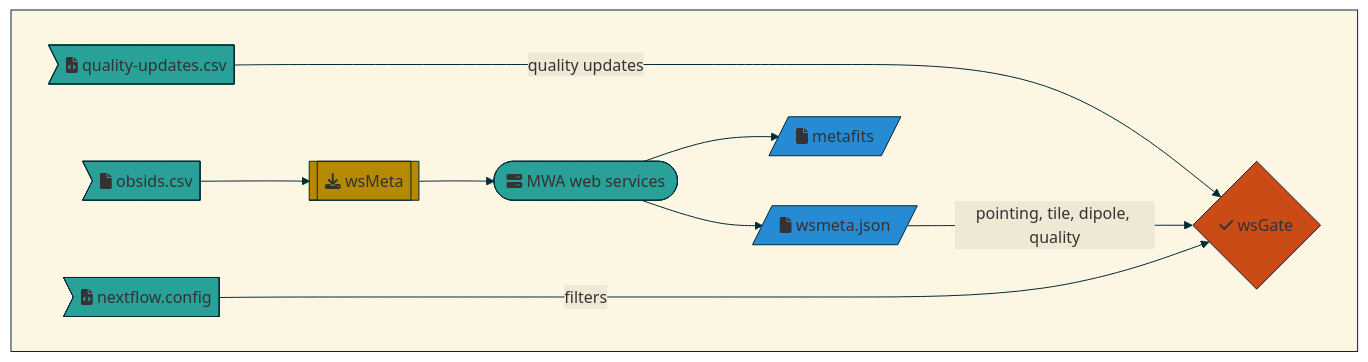
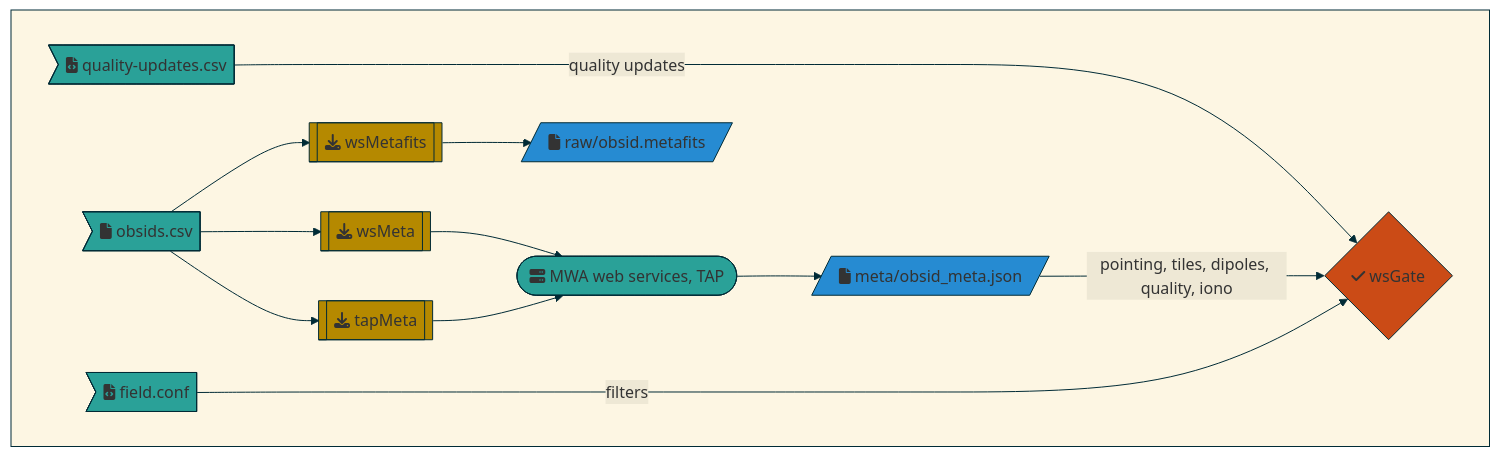
One commit to MWATelescope/MWAEoR-Pipeline changed the first of 6 diagrams in README.md. Above: the diagram before and after it, drawn with Mermaid. The commit also changed other lines of this file and 2 other files, not shown here.

````diff
--- a/README.md
+++ b/README.md
@@ -9,27 +14,29 @@
 ```mermaid
 %%{init:{'theme':'base','themeVariables':{'primaryBorderColor':'#002b36','secondaryColor':'#eee8d5','tertiaryColor':'#fdf6e3','tertiaryBorderColor':'#002b36','lineColor':'#002b36','textColor':'#002b36'}}}%%
 graph TD;
   classDef in fill:#2aa198;
   classDef out fill:#d33682;
   classDef file fill:#268bd2;
   classDef proc fill:#b58900;
   classDef decision fill:#cb4b16;
 
   subgraph " "
-    obsids --> wsMeta --> ws --> wsmetaJson;
-    ws --> metafits
+    obsids --> wsMeta & tapMeta & wsMetafits;
+    wsMeta & tapMeta --> ws --> metaJson;
+    wsMetafits --> metafits;
     qualityUpdates --"quality updates"-----> wsGate;
-    wsmetaJson --"pointing, tile, dipole, quality"--> wsGate;
+    metaJson --"pointing, tiles, dipoles, quality, iono"--> wsGate;
     nfConfigMeta --"filters"-----> wsGate;
 
     obsids>fa:fa-file obsids.csv ]; class obsids in;
     wsMeta[[fa:fa-download wsMeta ]]; class wsMeta proc;
-    ws([fa:fa-server MWA web services ]); class ws in;
-    wsmetaJson[/fa:fa-file wsmeta.json /]; class wsmetaJson file;
-    %% wsfilesJson[/fa:fa-file files.json /]; class wsfilesJson file;
-    metafits[/fa:fa-file metafits /]; class metafits file;
+    tapMeta[[fa:fa-download tapMeta ]]; class tapMeta proc;
+    wsMetafits[[fa:fa-download wsMetafits ]]; class wsMetafits proc;
+    ws(["fa:fa-server MWA web services, TAP"]); class ws in;
+    metaJson[/"fa:fa-file meta/obsid_meta.json"/]; class metaJson file;
+    metafits[/"fa:fa-file raw/obsid.metafits"/]; class metafits file;
     wsGate{fa:fa-check wsGate }; class wsGate decision;
-    nfConfigMeta>fa:fa-file-code nextflow.config ]; class nfConfigMeta in
+    nfConfigMeta>fa:fa-file-code field.conf ]; class nfConfigMeta in
     qualityUpdates>fa:fa-file-code quality-updates.csv ]; class qualityUpdates in
   end
 ```
````
